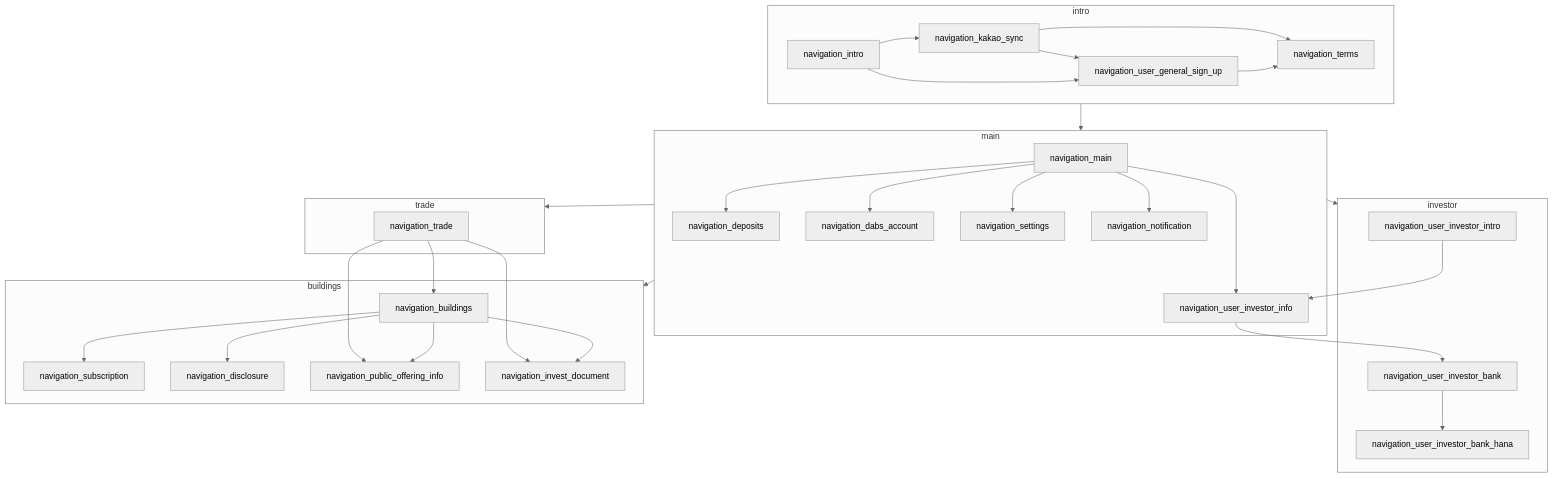
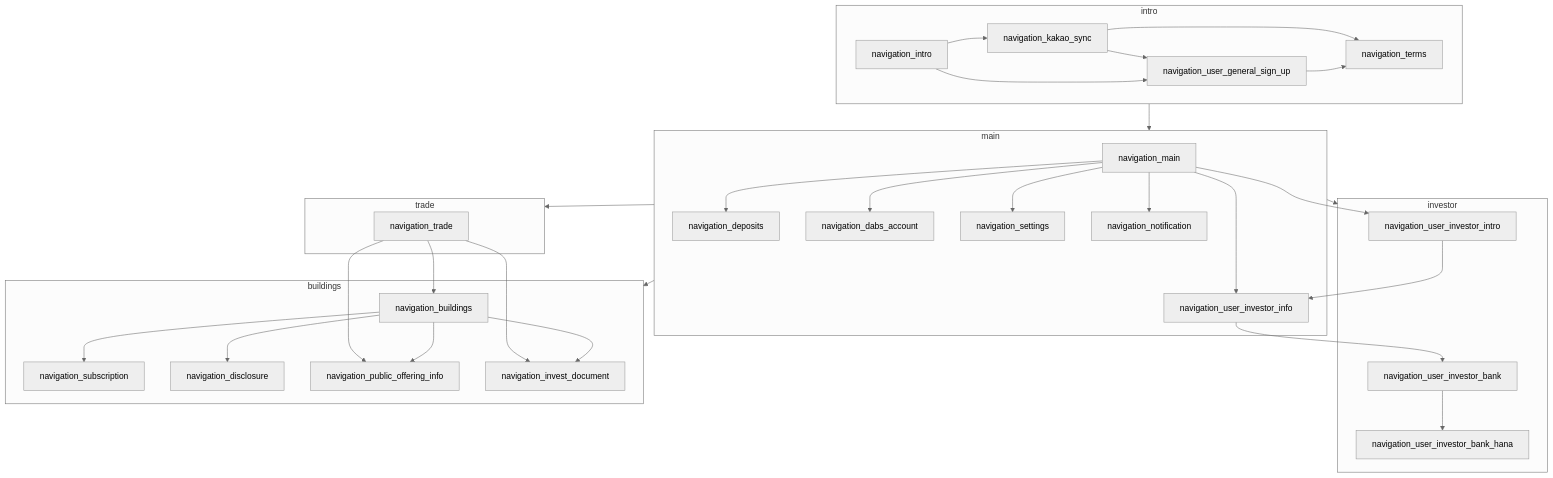
One commit to code-bross/flow-chart-sample changed the diagram in mermaid/navigation.mermaid. Above: the diagram before and after it, drawn with Mermaid (neutral theme).

```diff
--- a/mermaid/navigation.mermaid
+++ b/mermaid/navigation.mermaid
@@ -1,35 +1,36 @@
 flowchart TB
     subgraph intro
         navigation_intro-->navigation_kakao_sync;
         navigation_intro-->navigation_user_general_sign_up;
         navigation_kakao_sync-->navigation_terms;
         navigation_kakao_sync-->navigation_user_general_sign_up;
         navigation_user_general_sign_up-->navigation_terms;
     end
     subgraph main
         navigation_main-->navigation_deposits;
         navigation_main-->navigation_dabs_account;
         navigation_main-->navigation_settings;
         navigation_main-->navigation_notification;
         navigation_main-->navigation_user_investor_info;
     end
     subgraph investor
+        navigation_main-->navigation_user_investor_intro;
         navigation_user_investor_intro-->navigation_user_investor_info;
         navigation_user_investor_info-->navigation_user_investor_bank;
         navigation_user_investor_bank-->navigation_user_investor_bank_hana;
     end
     subgraph buildings
         navigation_buildings-->navigation_subscription;
         navigation_buildings-->navigation_disclosure;
         navigation_buildings-->navigation_public_offering_info;
         navigation_buildings-->navigation_invest_document;
     end
     subgraph trade
         navigation_trade-->navigation_public_offering_info;
         navigation_trade-->navigation_buildings;
         navigation_trade-->navigation_invest_document;
     end
     intro --> main;
     main --> investor;
     main --> buildings;
     main --> trade;
```
